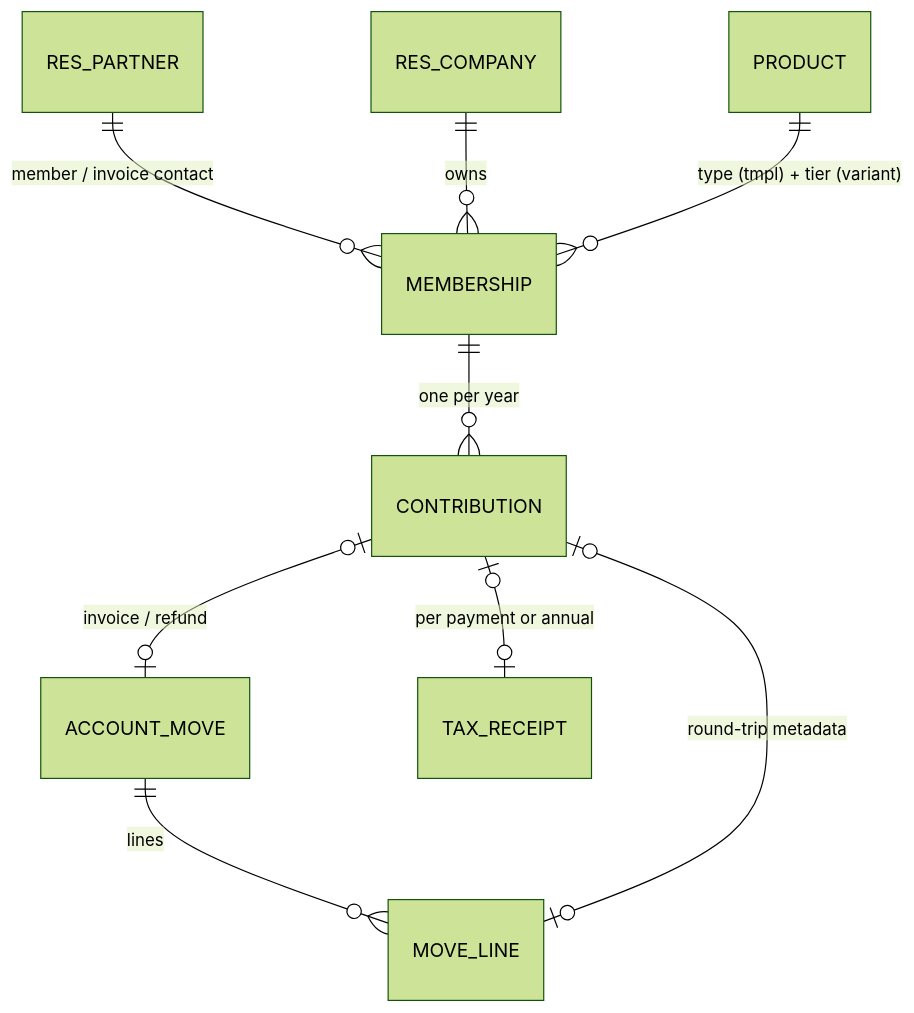
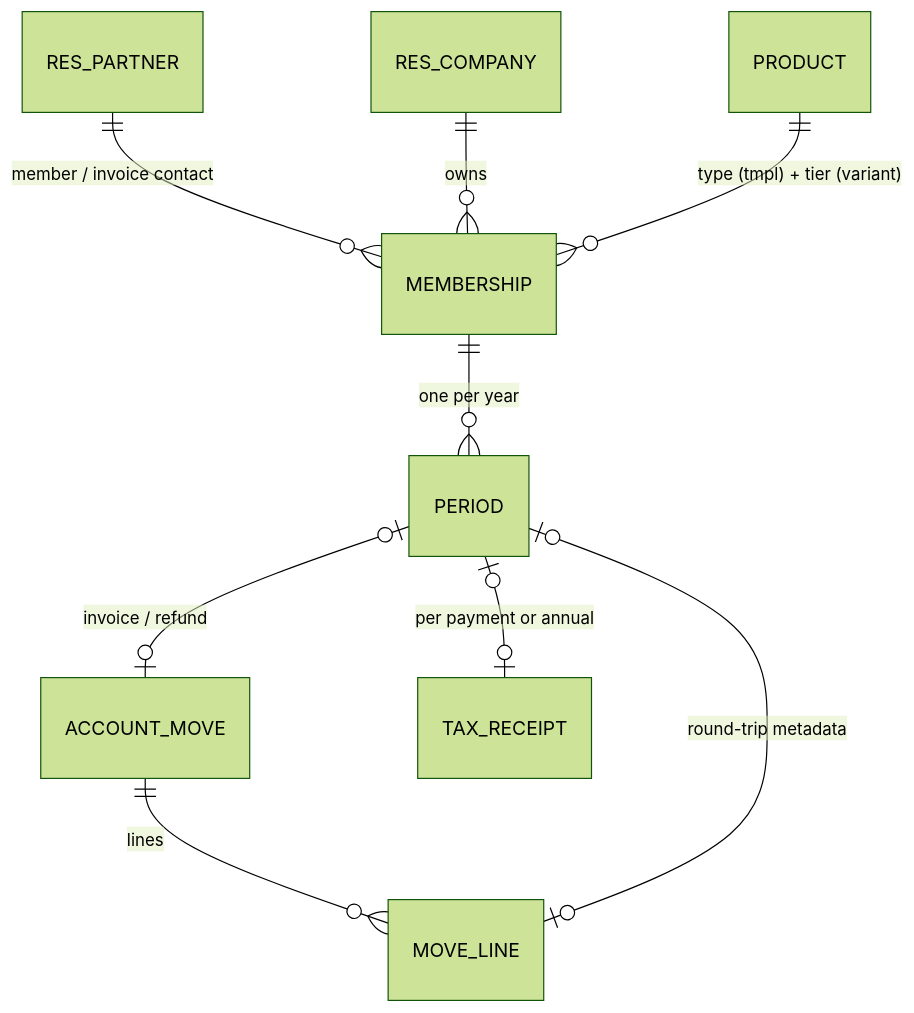
The first of 6 diagrams in association_membership/README.md (ECOnGOOD/OdooModules), drawn with Mermaid (forest theme) before and after one commit.

Commit message:
--no-edit

````diff
--- a/association_membership/README.md
+++ b/association_membership/README.md
@@ -9,11 +9,11 @@
 ```mermaid
 erDiagram
     RES_PARTNER   ||--o{ MEMBERSHIP : "member / invoice contact"
     RES_COMPANY   ||--o{ MEMBERSHIP : owns
     PRODUCT       ||--o{ MEMBERSHIP : "type (tmpl) + tier (variant)"
-    MEMBERSHIP    ||--o{ CONTRIBUTION : "one per year"
-    CONTRIBUTION  |o--o| ACCOUNT_MOVE : "invoice / refund"
-    CONTRIBUTION  |o--o| TAX_RECEIPT : "per payment or annual"
+    MEMBERSHIP    ||--o{ PERIOD : "one per year"
+    PERIOD  |o--o| ACCOUNT_MOVE : "invoice / refund"
+    PERIOD  |o--o| TAX_RECEIPT : "per payment or annual"
     ACCOUNT_MOVE  ||--o{ MOVE_LINE : "lines"
-    MOVE_LINE     |o--o| CONTRIBUTION : "round-trip metadata"
+    MOVE_LINE     |o--o| PERIOD : "round-trip metadata"
 ```
````
